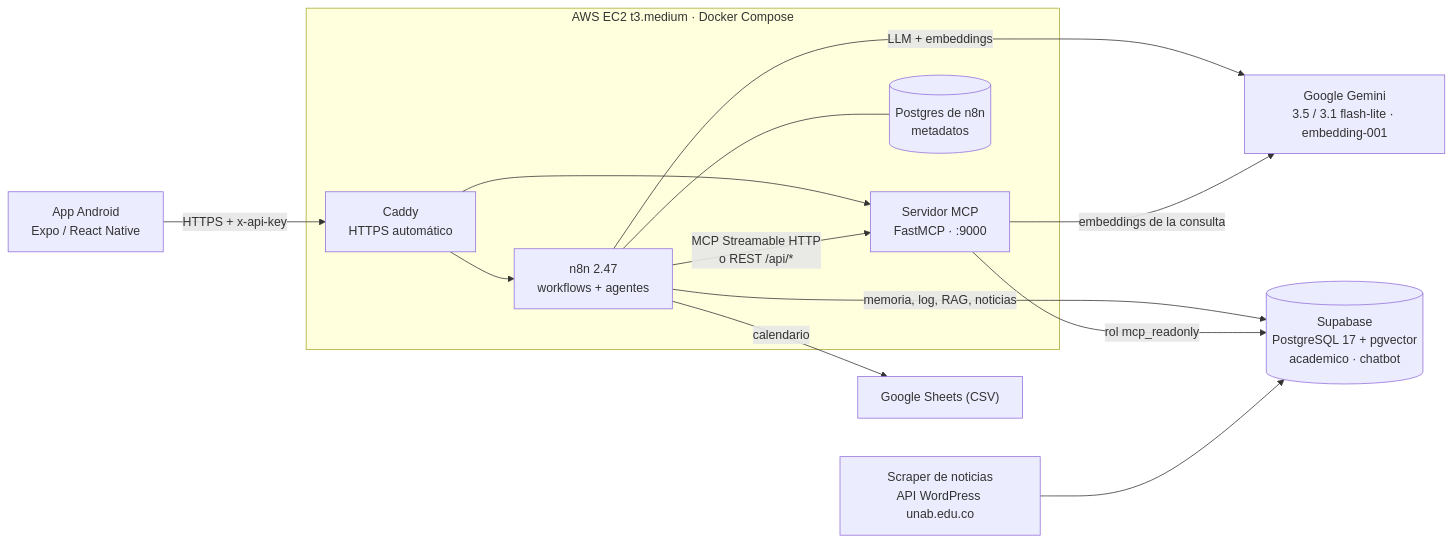
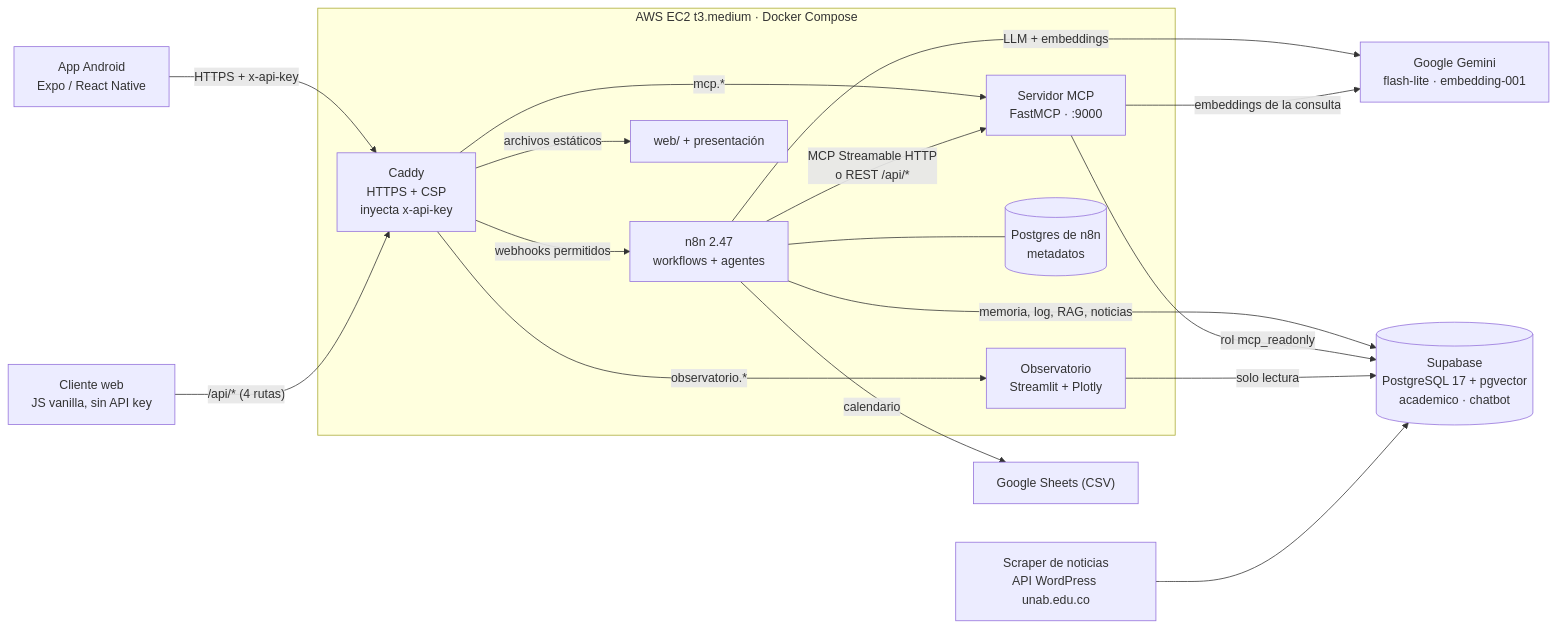
The diagram in README.md (Daniverd15/chatbot-academico-unab), drawn with Mermaid before and after one commit. The commit also changed other lines of this file and 80 other files, not shown here.

First line of the commit message:
Observatorio, cliente web, evaluación del RAG y endurecimiento de seguridad

````diff
--- a/README.md
+++ b/README.md
@@ -19,16 +58,20 @@
 ```mermaid
 flowchart LR
     APP["App Android<br/>Expo / React Native"] -->|"HTTPS + x-api-key"| CADDY
+    WEB["Cliente web<br/>JS vanilla, sin API key"] -->|"/api/* (4 rutas)"| CADDY
     subgraph EC2["AWS EC2 t3.medium · Docker Compose"]
-        CADDY["Caddy<br/>HTTPS automático"] --> N8N["n8n 2.47<br/>workflows + agentes"]
-        CADDY --> MCP["Servidor MCP<br/>FastMCP · :9000"]
+        CADDY["Caddy<br/>HTTPS + CSP<br/>inyecta x-api-key"] -->|"webhooks permitidos"| N8N["n8n 2.47<br/>workflows + agentes"]
+        CADDY -->|"mcp.*"| MCP["Servidor MCP<br/>FastMCP · :9000"]
+        CADDY -->|"observatorio.*"| DASH["Observatorio<br/>Streamlit + Plotly"]
+        CADDY -->|"archivos estáticos"| STATIC["web/ + presentación"]
         N8N -->|"MCP Streamable HTTP<br/>o REST /api/*"| MCP
         N8N --- PGN[("Postgres de n8n<br/>metadatos")]
     end
-    N8N -->|"LLM + embeddings"| GEM["Google Gemini<br/>3.5 / 3.1 flash-lite · embedding-001"]
+    N8N -->|"LLM + embeddings"| GEM["Google Gemini<br/>flash-lite · embedding-001"]
     MCP -->|"embeddings de la consulta"| GEM
     N8N -->|"memoria, log, RAG, noticias"| SUPA
     MCP -->|"rol mcp_readonly"| SUPA[("Supabase<br/>PostgreSQL 17 + pgvector<br/>academico · chatbot")]
+    DASH -->|"solo lectura"| SUPA
     SCR["Scraper de noticias<br/>API WordPress unab.edu.co"] --> SUPA
     N8N -->|"calendario"| SHEET["Google Sheets (CSV)"]
 ```
````
